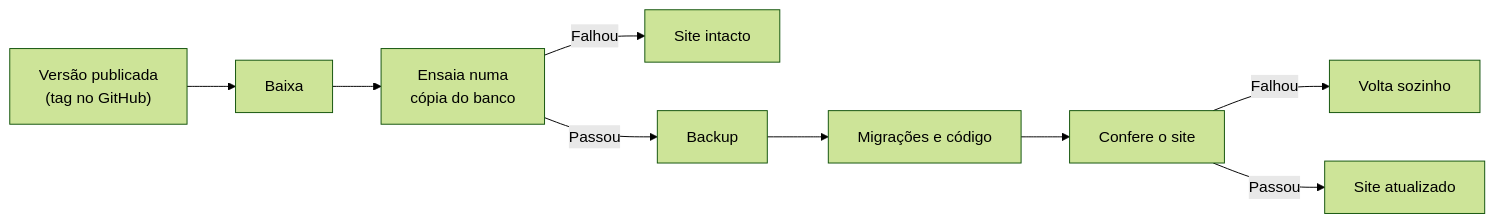
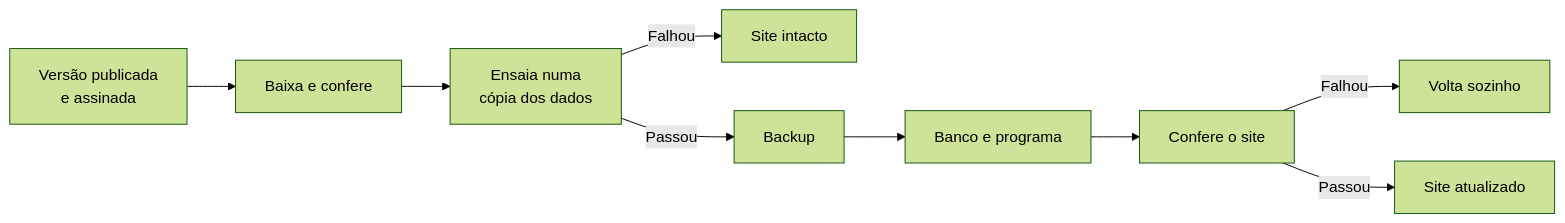
Before and after one commit to HunterBDZ/Financeiro: the diagram in README.md, drawn with Mermaid (forest theme). The commit also changed other lines of this file and 8 other files, not shown here.

````diff
--- a/README.md
+++ b/README.md
@@ -128,11 +135,11 @@
 ```mermaid
 flowchart LR
-    A["Versão publicada<br>(tag no GitHub)"] --> B["Baixa"]
-    B --> C["Ensaia numa<br>cópia do banco"]
+    A["Versão publicada<br>e assinada"] --> B["Baixa e confere"]
+    B --> C["Ensaia numa<br>cópia dos dados"]
     C -->|"Falhou"| X["Site intacto"]
     C -->|"Passou"| D["Backup"]
-    D --> E["Migrações e código"]
+    D --> E["Banco e programa"]
     E --> F["Confere o site"]
     F -->|"Falhou"| Y["Volta sozinho"]
     F -->|"Passou"| G["Site atualizado"]
 ```
````
